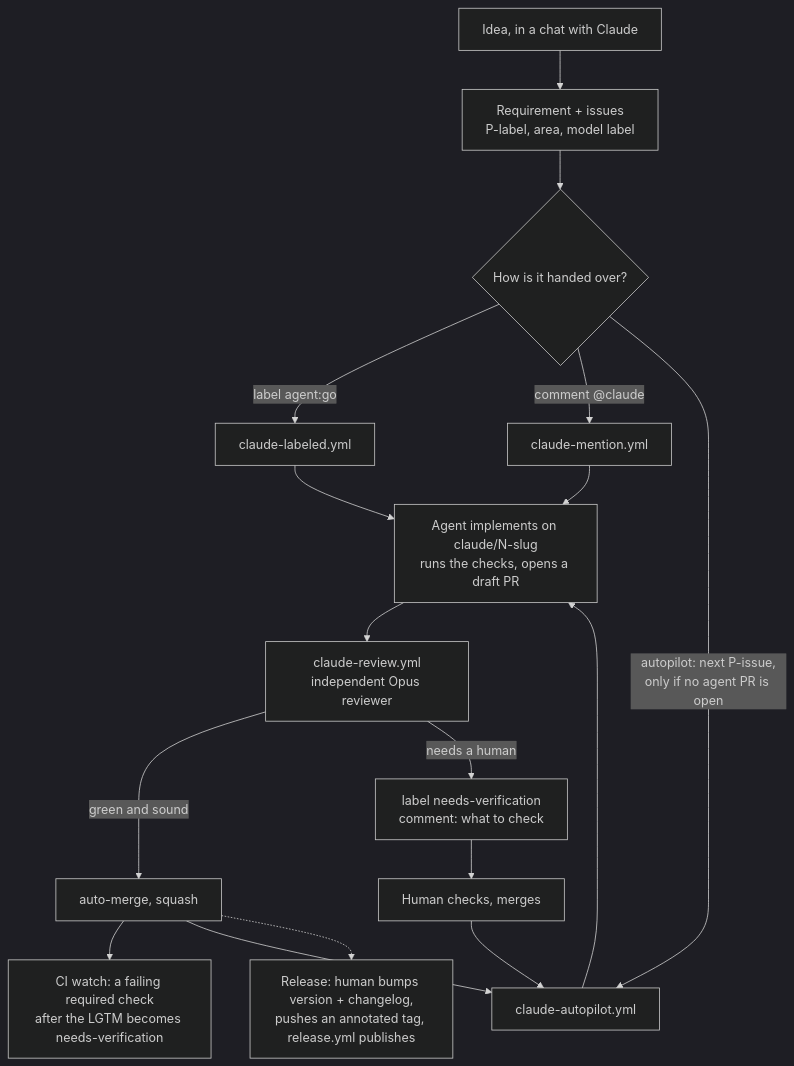
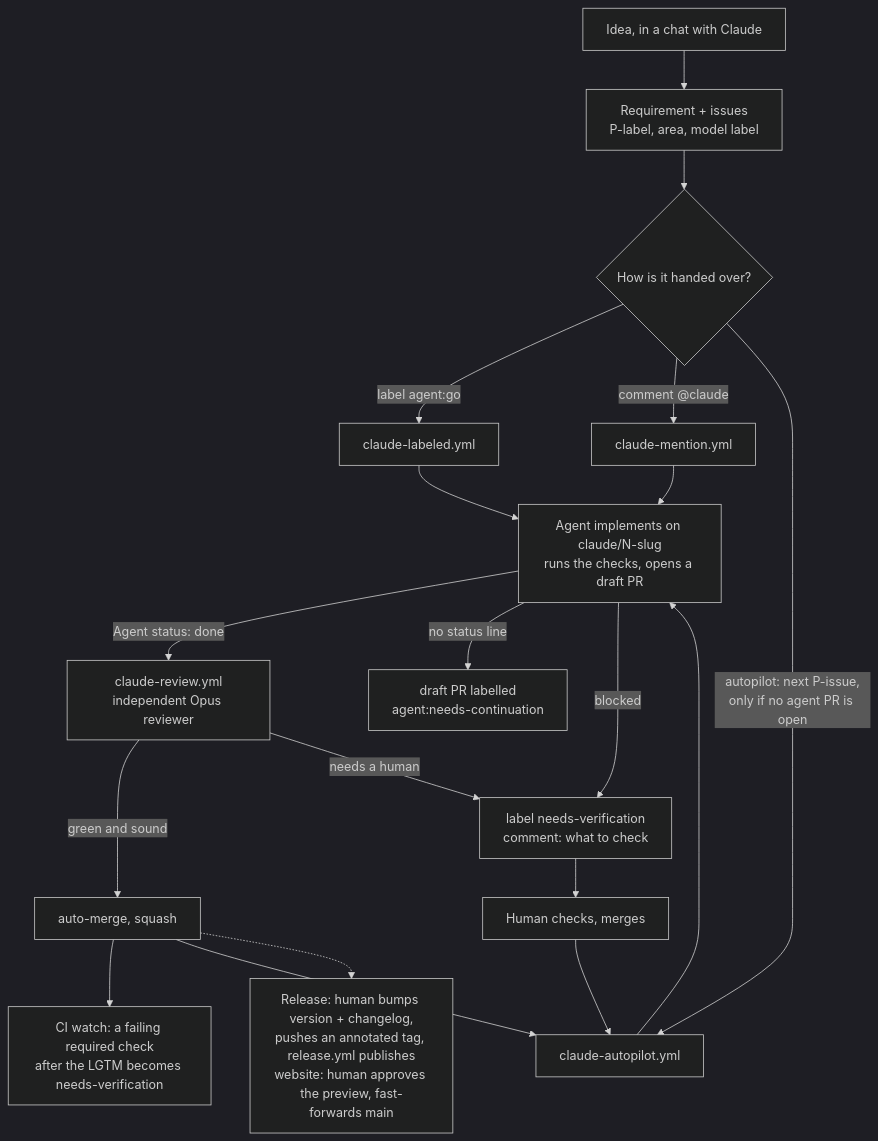
One commit to chriguschneider/repo-standard changed the diagram in docs/how-it-works.md. Above: the diagram before and after it, drawn with Mermaid (dark theme). The commit also changed other lines of this file and 131 other files, not shown here.

First line of the commit message:
Lessons from the existing repos: agent loop fixes, variants, website type (#2)

````diff
--- a/docs/how-it-works.md
+++ b/docs/how-it-works.md
@@ -19,19 +19,21 @@
 ```mermaid
 flowchart TD
     A[Idea, in a chat with Claude] --> B[Requirement + issues<br/>P-label, area, model label]
     B --> C{How is it handed over?}
     C -->|label agent:go| D[claude-labeled.yml]
     C -->|comment @claude| E[claude-mention.yml]
     C -->|autopilot: next P-issue,<br/>only if no agent PR is open| F[claude-autopilot.yml]
     D --> G[Agent implements on claude/N-slug<br/>runs the checks, opens a draft PR]
     E --> G
     F --> G
-    G --> H[claude-review.yml<br/>independent Opus reviewer]
+    G -->|Agent status: done| H[claude-review.yml<br/>independent Opus reviewer]
+    G -->|no status line| N[draft PR labelled<br/>agent:needs-continuation]
+    G -->|blocked| J
     H -->|green and sound| I[auto-merge, squash]
     H -->|needs a human| J[label needs-verification<br/>comment: what to check]
     I --> K[CI watch: a failing required check<br/>after the LGTM becomes needs-verification]
     I --> F
     J --> L[Human checks, merges]
     L --> F
-    I -.-> M[Release: human bumps version + changelog,<br/>pushes an annotated tag, release.yml publishes]
+    I -.-> M[Release: human bumps version + changelog,<br/>pushes an annotated tag, release.yml publishes<br/>website: human approves the preview, fast-forwards main]
 ```
````
